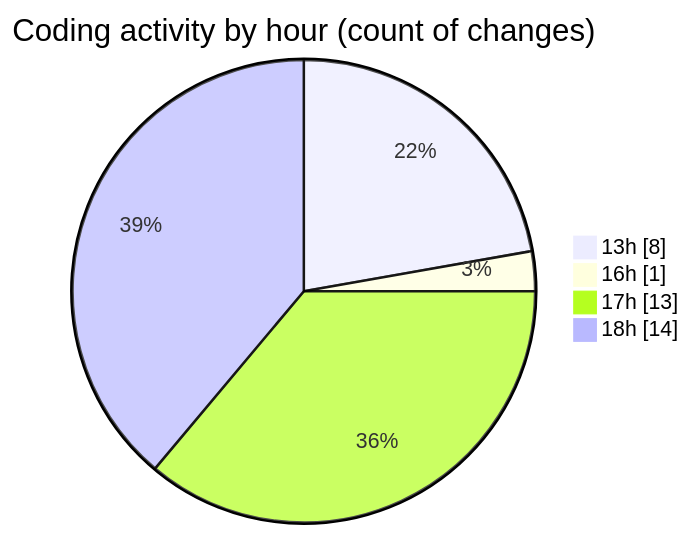
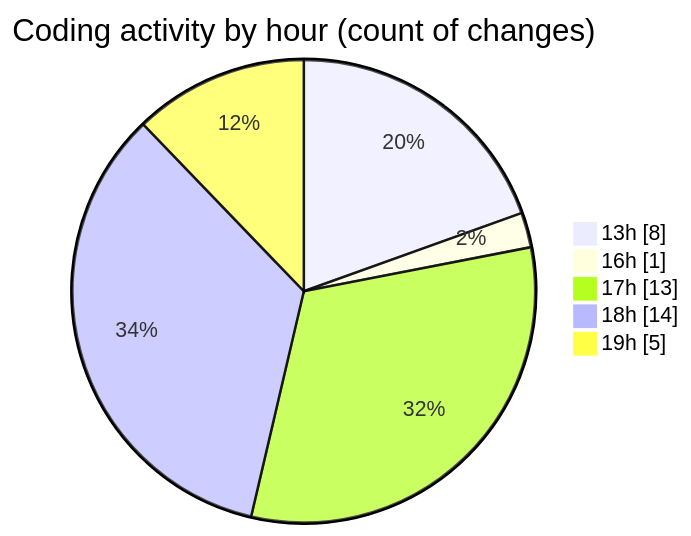
Before and after one commit to EIIisD/code-tracking: the second of 2 diagrams in 2025-08-24/chatgpt-extension/README.md, drawn with Mermaid. The commit also changed other lines of this file and 1 other file, not shown here.

````diff
--- a/2025-08-24/chatgpt-extension/README.md
+++ b/2025-08-24/chatgpt-extension/README.md
@@ -34,8 +34,9 @@
 ```mermaid
 pie showData
 title Coding activity by hour (count of changes)
 "13h" : 8
 "16h" : 1
 "17h" : 13
 "18h" : 14
+"19h" : 5
 ```
````
